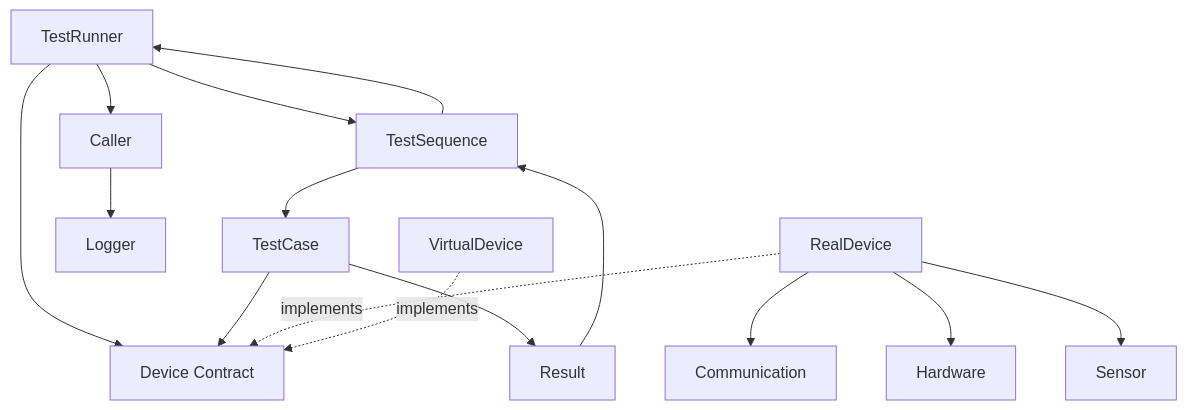
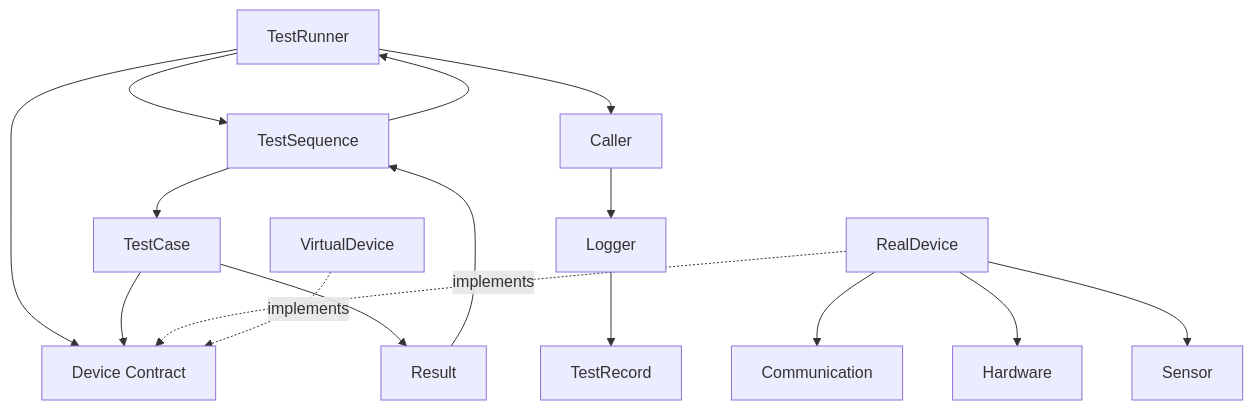
The first of 2 diagrams in docs/architecture.md (chengyeyang/hybrid-reliability-lab), drawn with Mermaid before and after one commit. The commit also changed other lines of this file and 2 other files, not shown here.

First line of the commit message:
Test Data Model and TestRecord Abstraction. Close #13

````diff
--- a/docs/architecture.md
+++ b/docs/architecture.md
@@ -93,33 +101,35 @@
 ```mermaid
 flowchart TD
     TR[TestRunner]
     TS[TestSequence]
     TC[TestCase]
     RES[Result]
     CALLER[Caller]
     LOG[Logger]
+    TREC[TestRecord]
     DEV[Device Contract]
     REAL[RealDevice]
     VIRTUAL[VirtualDevice]
     COM[Communication]
     HW[Hardware]
     SEN[Sensor]
 
     TR --> TS
     TR --> DEV
     TS --> TC
     TC --> DEV
 
     TC --> RES
     RES --> TS
     TS --> TR
     TR --> CALLER
     CALLER --> LOG
+    LOG --> TREC
 
     REAL -. implements .-> DEV
     VIRTUAL -. implements .-> DEV
 
     REAL --> COM
     REAL --> HW
     REAL --> SEN
 ```
````
